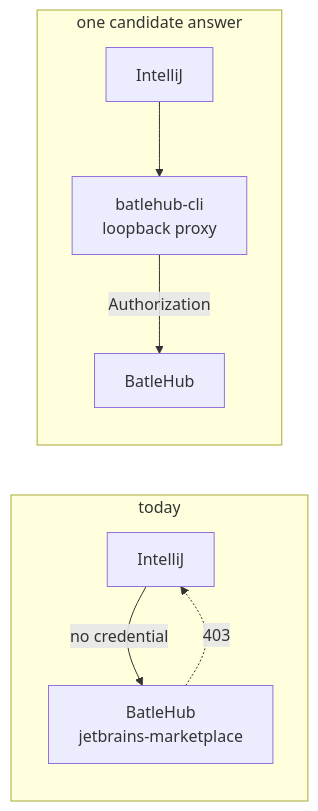
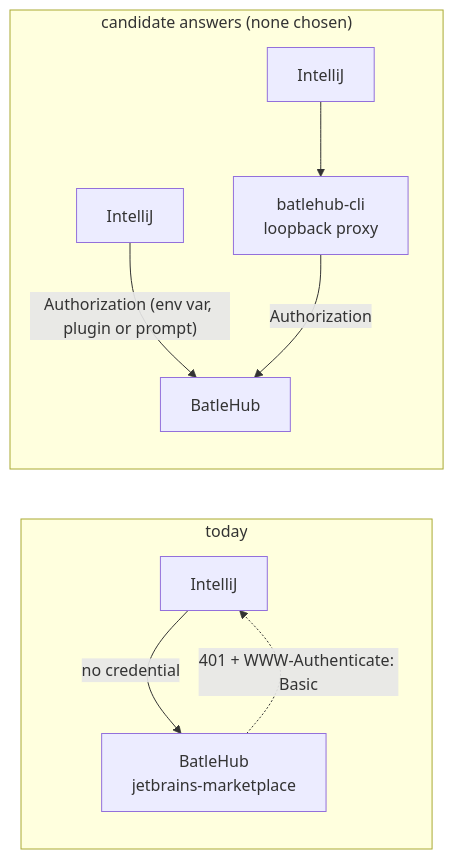
The first of 2 diagrams in docs/rfc/0033-authenticated-jetbrains-marketplace-access.md (batlehub/batlehub), drawn with Mermaid before and after one commit. The commit also changed other lines of this file and 12 other files, not shown here.

````diff
--- a/docs/rfc/0033-authenticated-jetbrains-marketplace-access.md
+++ b/docs/rfc/0033-authenticated-jetbrains-marketplace-access.md
@@ -37,11 +57,12 @@
 ```mermaid
 flowchart LR
     subgraph T["today"]
         I1["IntelliJ"] -->|"no credential"| B1["BatleHub<br/>jetbrains-marketplace"]
-        B1 -.->|"403"| I1
+        B1 -.->|"401 + WWW-Authenticate: Basic"| I1
     end
-    subgraph W["one candidate answer"]
-        I2["IntelliJ"] --> P["batlehub-cli<br/>loopback proxy"]
-        P -->|"Authorization"| B2["BatleHub"]
+    subgraph W["candidate answers (none chosen)"]
+        I2["IntelliJ"] -->|"Authorization (env var, plugin or prompt)"| B2["BatleHub"]
+        I3["IntelliJ"] --> P["batlehub-cli<br/>loopback proxy"]
+        P -->|"Authorization"| B2
     end
 ```
````
